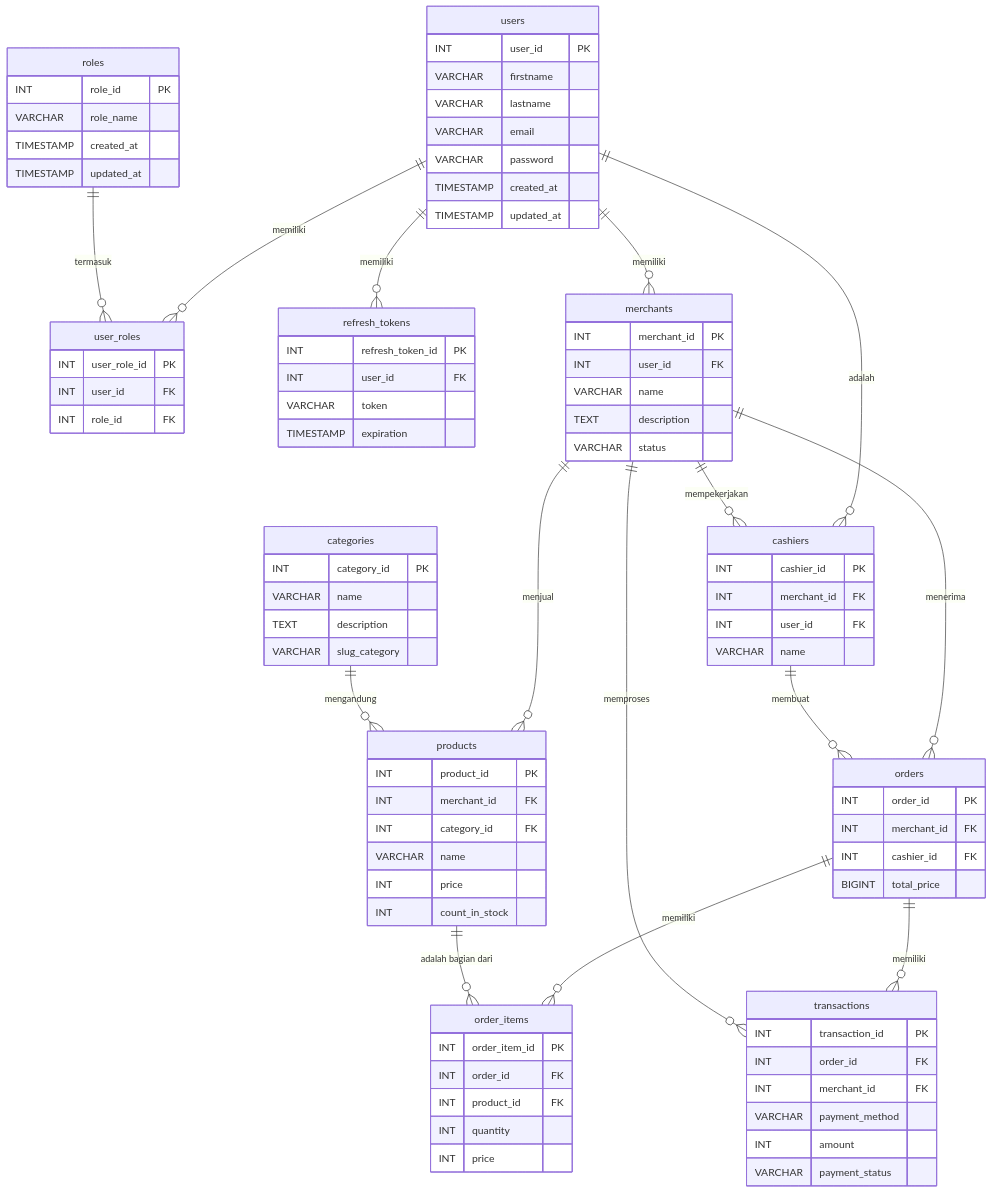
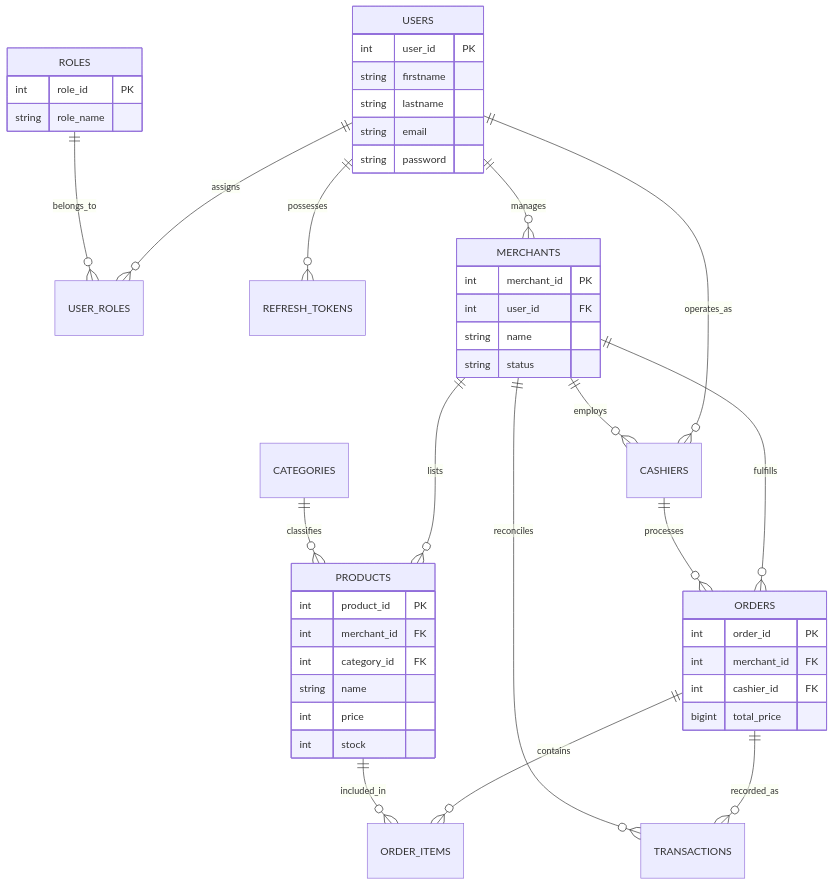
Before and after one commit to MamangRust/point-of-sale-grpc: the second of 2 diagrams in README.md, drawn with Mermaid. The commit also changed other lines of this file and 125 other files, not shown here.

````diff
--- a/README.md
+++ b/README.md
@@ -80,102 +73,49 @@
 ```mermaid
 erDiagram
-    users {
-        INT user_id PK
-        VARCHAR firstname
-        VARCHAR lastname
-        VARCHAR email
-        VARCHAR password
-        TIMESTAMP created_at
-        TIMESTAMP updated_at
+    USERS ||--o{ USER_ROLES : "assigns"
+    ROLES ||--o{ USER_ROLES : "belongs_to"
+    USERS ||--o{ REFRESH_TOKENS : "possesses"
+    USERS ||--o{ MERCHANTS : "manages"
+    USERS ||--o{ CASHIERS : "operates_as"
+    MERCHANTS ||--o{ CASHIERS : "employs"
+    MERCHANTS ||--o{ PRODUCTS : "lists"
+    CATEGORIES ||--o{ PRODUCTS : "classifies"
+    MERCHANTS ||--o{ ORDERS : "fulfills"
+    CASHIERS ||--o{ ORDERS : "processes"
+    ORDERS ||--o{ ORDER_ITEMS : "contains"
+    PRODUCTS ||--o{ ORDER_ITEMS : "included_in"
+    ORDERS ||--o{ TRANSACTIONS : "recorded_as"
+    MERCHANTS ||--o{ TRANSACTIONS : "reconciles"
+
+    USERS {
+        int user_id PK
+        string firstname
+        string lastname
+        string email
+        string password
     }
-
-    roles {
-        INT role_id PK
-        VARCHAR role_name
-        TIMESTAMP created_at
-        TIMESTAMP updated_at
+    ROLES {
+        int role_id PK
+        string role_name
     }
-
-    user_roles {
-        INT user_role_id PK
-        INT user_id FK
-        INT role_id FK
+    MERCHANTS {
+        int merchant_id PK
+        int user_id FK
+        string name
+        string status
     }
-
-    refresh_tokens {
-        INT refresh_token_id PK
-        INT user_id FK
-        VARCHAR token
-        TIMESTAMP expiration
+    PRODUCTS {
+        int product_id PK
+        int merchant_id FK
+        int category_id FK
+        string name
+        int price
+        int stock
     }
-
-    merchants {
-        INT merchant_id PK
-        INT user_id FK
-        VARCHAR name
-        TEXT description
-        VARCHAR status
+    ORDERS {
+        int order_id PK
+        int merchant_id FK
+        int cashier_id FK
+        bigint total_price
     }
-
-    cashiers {
-        INT cashier_id PK
-        INT merchant_id FK
-        INT user_id FK
-        VARCHAR name
-    }
-
-    categories {
-        INT category_id PK
-        VARCHAR name
-        TEXT description
-        VARCHAR slug_category
-    }
-
-    products {
-        INT product_id PK
-        INT merchant_id FK
-        INT category_id FK
-        VARCHAR name
-        INT price
-        INT count_in_stock
-    }
-
-    orders {
-        INT order_id PK
-        INT merchant_id FK
-        INT cashier_id FK
-        BIGINT total_price
-    }
-
-    order_items {
-        INT order_item_id PK
-        INT order_id FK
-        INT product_id FK
-        INT quantity
-        INT price
-    }
-
-    transactions {
-        INT transaction_id PK
-        INT order_id FK
-        INT merchant_id FK
-        VARCHAR payment_method
-        INT amount
-        VARCHAR payment_status
-    }
-
-    users ||--o{ user_roles : "memiliki"
-    roles ||--o{ user_roles : "termasuk"
-    users ||--o{ refresh_tokens : "memiliki"
-    users ||--o{ merchants : "memiliki"
-    users ||--o{ cashiers : "adalah"
-    merchants ||--o{ cashiers : "mempekerjakan"
-    merchants ||--o{ products : "menjual"
-    categories ||--o{ products : "mengandung"
-    merchants ||--o{ orders : "menerima"
-    cashiers ||--o{ orders : "membuat"
-    orders ||--o{ order_items : "memiliki"
-    products ||--o{ order_items : "adalah bagian dari"
-    orders ||--o{ transactions : "memiliki"
-    merchants ||--o{ transactions : "memproses"
 ```
````
